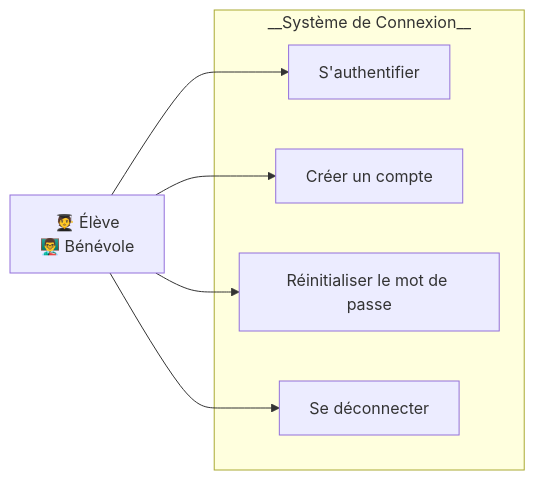
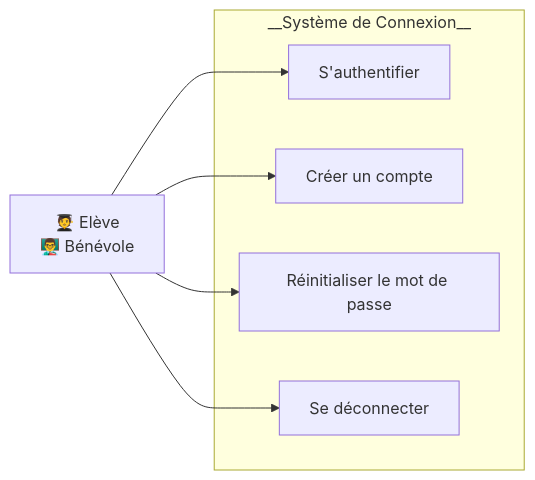
The first of 5 diagrams in cas_usage.md (nutbreaker/projet_5), drawn with Mermaid before and after one commit. The commit also changed other lines of this file, not shown here.

````diff
--- a/cas_usage.md
+++ b/cas_usage.md
@@ -9,19 +9,19 @@
 ```mermaid
 flowchart LR
     U["
-        🧑‍🎓 Élève 
+        🧑‍🎓 Elève
         👨‍🏫 Bénévole
     "]
 
     subgraph "__Système de Connexion__"
         UC1["S'authentifier"]
         UC2["Créer un compte"]
         UC3["Réinitialiser le mot de passe"]
         UC4["Se déconnecter"]
     end
     
     U --> UC1
     U --> UC2
     U --> UC3
     U --> UC4
 ```
````
